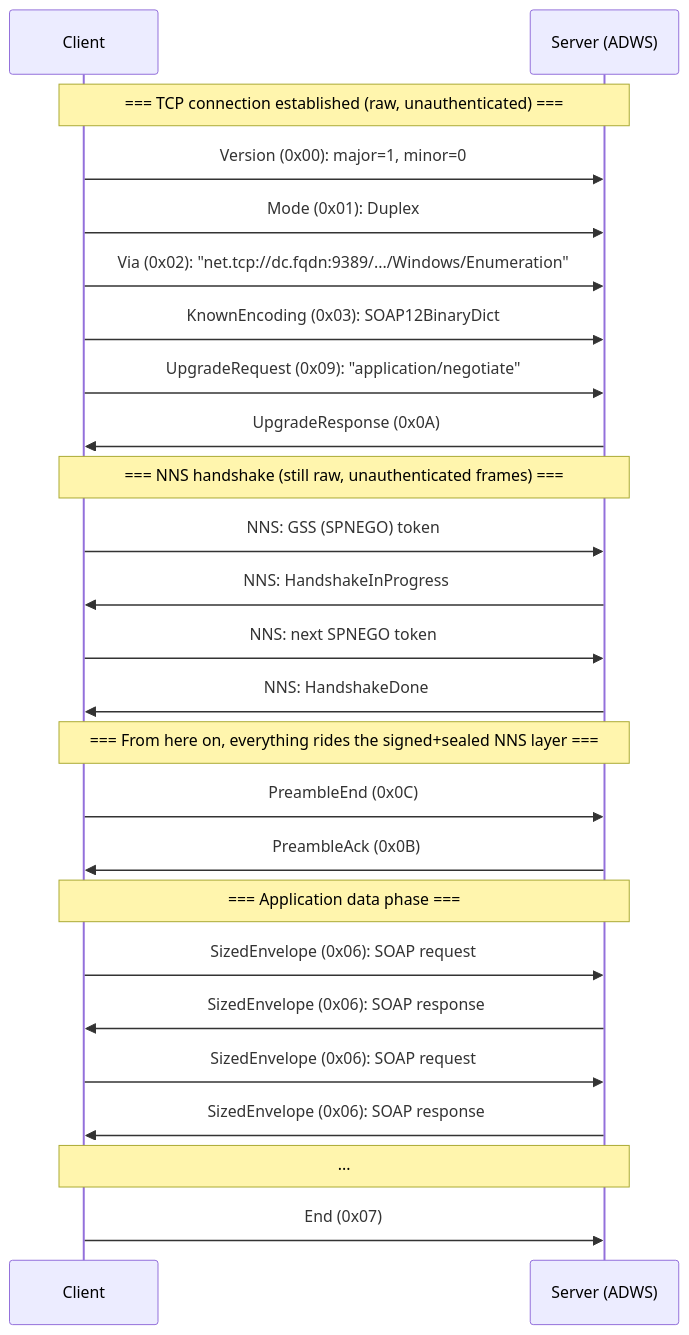
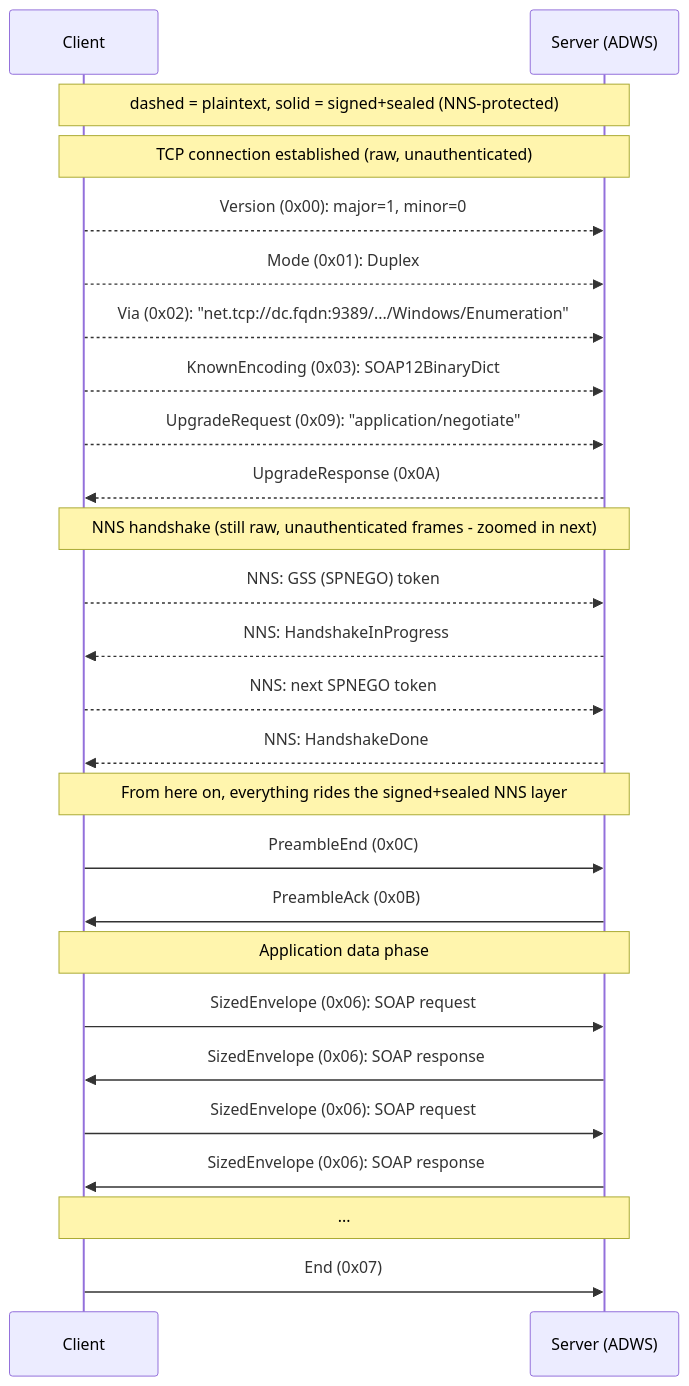
One commit to Macmod/ginpacket-wiki changed the third of 4 diagrams in articles/adws-the-soap-bridge.md. Above: the diagram before and after it, drawn with Mermaid. The commit also changed other lines of this file, not shown here.

````diff
--- a/articles/adws-the-soap-bridge.md
+++ b/articles/adws-the-soap-bridge.md
@@ -495,31 +468,32 @@
 ```mermaid
 sequenceDiagram
     participant C as Client
     participant S as Server (ADWS)
 
-    Note over C,S: === TCP connection established (raw, unauthenticated) ===
-    C->>S: Version (0x00): major=1, minor=0
-    C->>S: Mode (0x01): Duplex
-    C->>S: Via (0x02): "net.tcp://dc.fqdn:9389/.../Windows/Enumeration"
-    C->>S: KnownEncoding (0x03): SOAP12BinaryDict
-    C->>S: UpgradeRequest (0x09): "application/negotiate"
-    S->>C: UpgradeResponse (0x0A)
+    Note over C,S: dashed = plaintext, solid = signed+sealed (NNS-protected)
+    Note over C,S: TCP connection established (raw, unauthenticated)
+    C-->>S: Version (0x00): major=1, minor=0
+    C-->>S: Mode (0x01): Duplex
+    C-->>S: Via (0x02): "net.tcp://dc.fqdn:9389/.../Windows/Enumeration"
+    C-->>S: KnownEncoding (0x03): SOAP12BinaryDict
+    C-->>S: UpgradeRequest (0x09): "application/negotiate"
+    S-->>C: UpgradeResponse (0x0A)
 
-    Note over C,S: === NNS handshake (still raw, unauthenticated frames) ===
-    C->>S: NNS: GSS (SPNEGO) token
-    S->>C: NNS: HandshakeInProgress
-    C->>S: NNS: next SPNEGO token
-    S->>C: NNS: HandshakeDone
+    Note over C,S: NNS handshake (still raw, unauthenticated frames - zoomed in next)
+    C-->>S: NNS: GSS (SPNEGO) token
+    S-->>C: NNS: HandshakeInProgress
+    C-->>S: NNS: next SPNEGO token
+    S-->>C: NNS: HandshakeDone
 
-    Note over C,S: === From here on, everything rides the signed+sealed NNS layer ===
+    Note over C,S: From here on, everything rides the signed+sealed NNS layer
     C->>S: PreambleEnd (0x0C)
     S->>C: PreambleAck (0x0B)
 
-    Note over C,S: === Application data phase ===
+    Note over C,S: Application data phase
     C->>S: SizedEnvelope (0x06): SOAP request
     S->>C: SizedEnvelope (0x06): SOAP response
     C->>S: SizedEnvelope (0x06): SOAP request
     S->>C: SizedEnvelope (0x06): SOAP response
     Note over C,S: ...
     C->>S: End (0x07)
 ```
````
